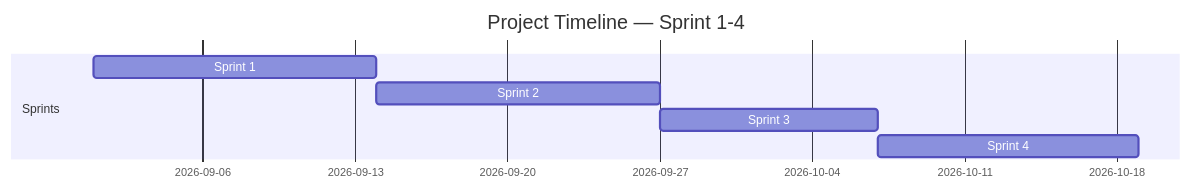
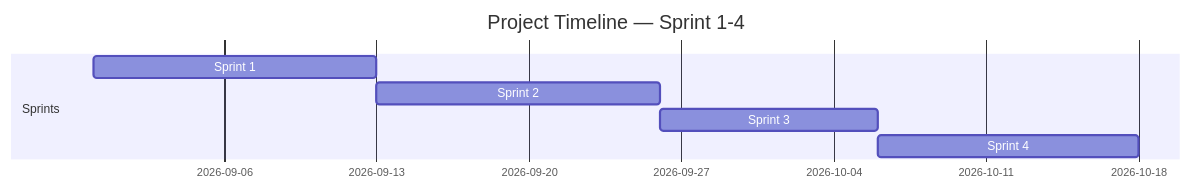
The diagram in [WhiteAgent] - game/docs/agile/02-sprint-backlog.md (Boom740/WhiteAgent), drawn with Mermaid before and after one commit. The commit also changed other lines of this file and 2 other files, not shown here.

````diff
--- a/[WhiteAgent] - game/docs/agile/02-sprint-backlog.md
+++ b/[WhiteAgent] - game/docs/agile/02-sprint-backlog.md
@@ -19,10 +19,10 @@
 ```mermaid
 gantt
     title Project Timeline — Sprint 1-4
     dateFormat  YYYY-MM-DD
     section Sprints
-    Sprint 1 :s1, 2026-09-01, 13d
+    Sprint 1 :s1, 2026-08-31, 13d
     Sprint 2 :s2, after s1, 13d
     Sprint 3 :s3, after s2, 10d
     Sprint 4 :s4, after s3, 12d
 ```
````
